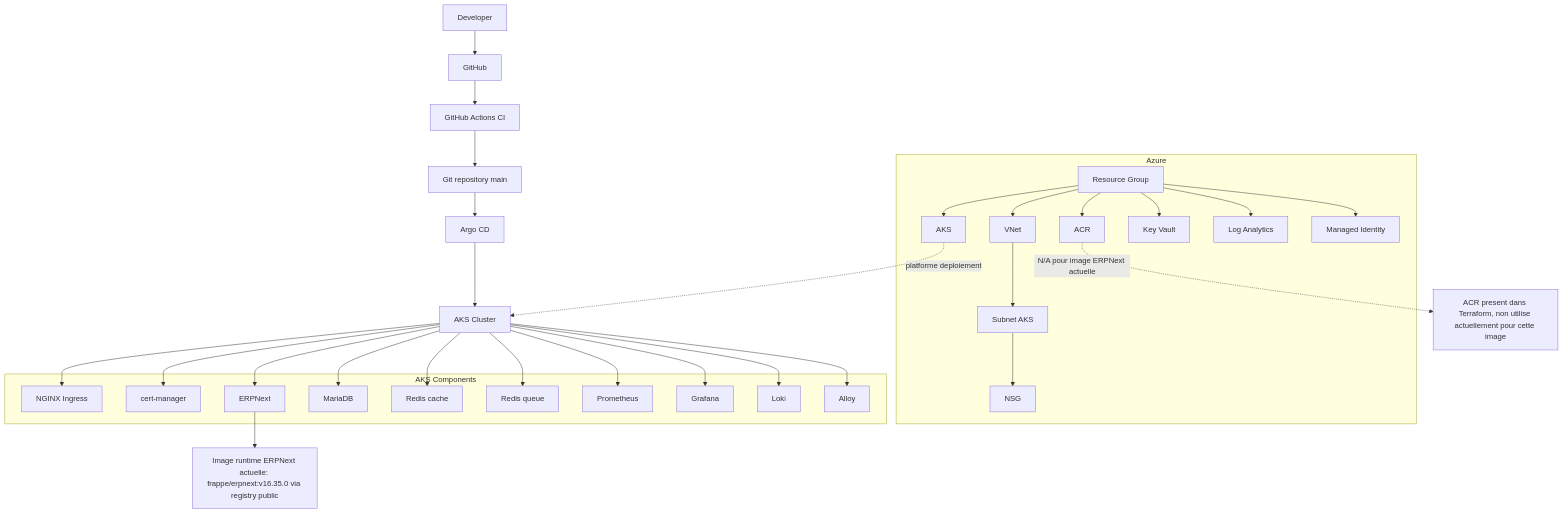
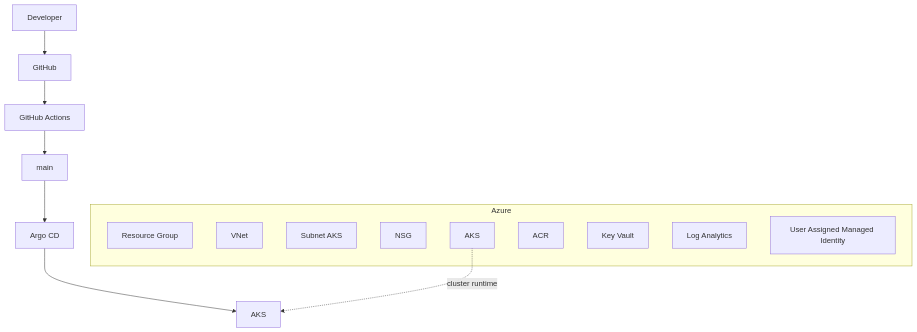
Before and after one commit to reedaa01/ERPnext-DevOps: the first of 2 diagrams in docs/EPIC-9-Architecture-Finale.md, drawn with Mermaid. The commit also changed other lines of this file and 7 other files, not shown here.

````diff
--- a/docs/EPIC-9-Architecture-Finale.md
+++ b/docs/EPIC-9-Architecture-Finale.md
@@ -65,59 +16,22 @@
 ```mermaid
 flowchart TB
-    Dev[Developer] --> GH[GitHub]
-    GH --> GHA[GitHub Actions CI]
-    GHA --> Repo[Git repository main]
-    Repo --> Argo[Argo CD]
-    Argo --> AKS[AKS Cluster]
+    DEV[Developer] --> GH[GitHub]
+    GH --> CI[GitHub Actions]
+    CI --> MAIN[main]
+    MAIN --> ARGO[Argo CD]
+    ARGO --> AKS[AKS]
 
     subgraph Azure
       RG[Resource Group]
-      VNet[VNet]
-      Subnet[Subnet AKS]
+      VNET[VNet]
+      SUBNET[Subnet AKS]
       NSG[NSG]
-      AKSRes[AKS]
+      AKSRES[AKS]
       ACR[ACR]
       KV[Key Vault]
       LAW[Log Analytics]
-      MI[Managed Identity]
-
-      RG --> VNet --> Subnet
-      Subnet --> NSG
-      RG --> AKSRes
-      RG --> ACR
-      RG --> KV
-      RG --> LAW
-      RG --> MI
+      MI[User Assigned Managed Identity]
     end
 
-    AKSRes -.platforme deploiement.-> AKS
-
-    subgraph AKS Components
-      NGINX[NGINX Ingress]
-      CM[cert-manager]
-      ERP[ERPNext]
-      DB[MariaDB]
-      RCache[Redis cache]
-      RQueue[Redis queue]
-      Prom[Prometheus]
-      Graf[Grafana]
-      Loki[Loki]
-      Alloy[Alloy]
-    end
-
-    AKS --> NGINX
-    AKS --> CM
-    AKS --> ERP
-    AKS --> DB
-    AKS --> RCache
-    AKS --> RQueue
-    AKS --> Prom
-    AKS --> Graf
-    AKS --> Loki
-    AKS --> Alloy
-
-    Note1[Image runtime ERPNext actuelle: frappe/erpnext:v16.35.0 via registry public]
-    Note2[ACR present dans Terraform, non utilise actuellement pour cette image]
-    ACR -.N/A pour image ERPNext actuelle.-> Note2
-    ERP --> Note1
+    AKSRES -. cluster runtime .-> AKS
 ```
````
